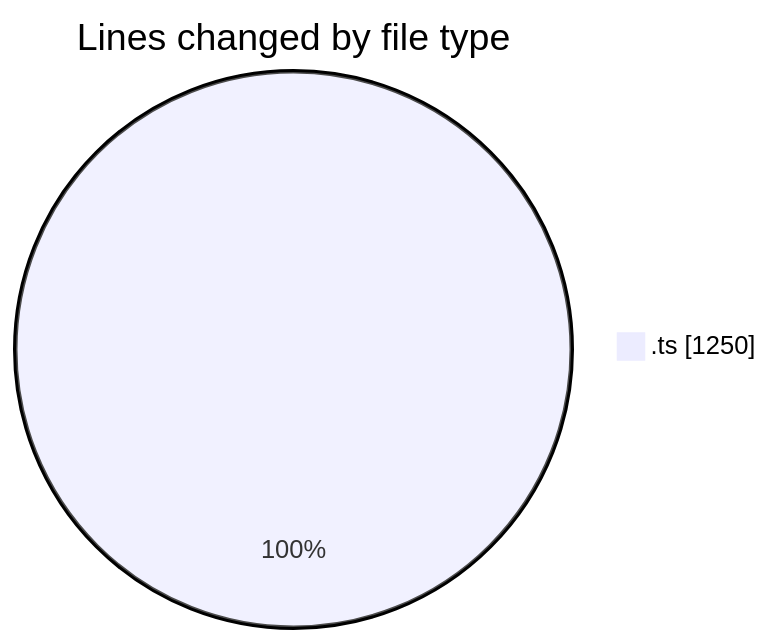
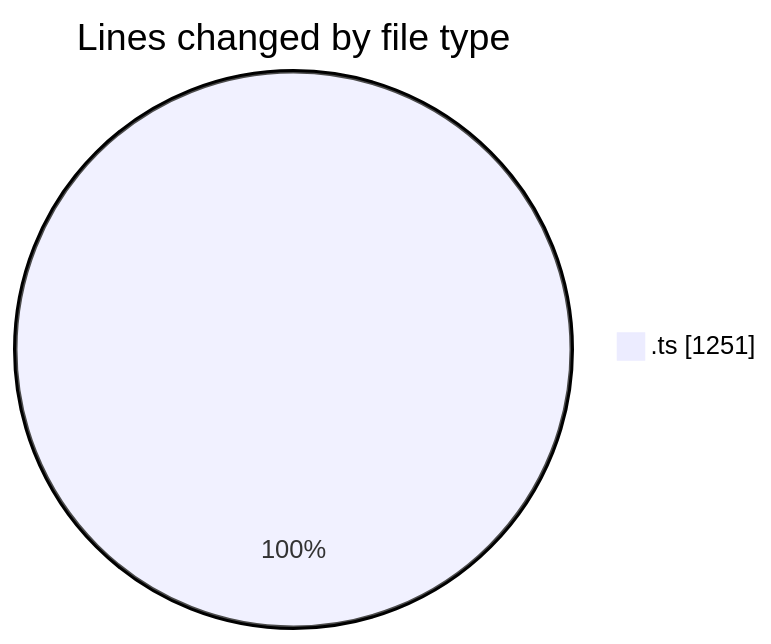
The first of 2 diagrams in 2025-10-24/cda/README.md (momahboobian/code-tracking), drawn with Mermaid before and after one commit. The commit also changed other lines of this file and 1 other file, not shown here.

````diff
--- a/2025-10-24/cda/README.md
+++ b/2025-10-24/cda/README.md
@@ -22,5 +22,5 @@
 ```mermaid
 pie showData
 title Lines changed by file type
-".ts" : 1250
+".ts" : 1251
 ```
````
